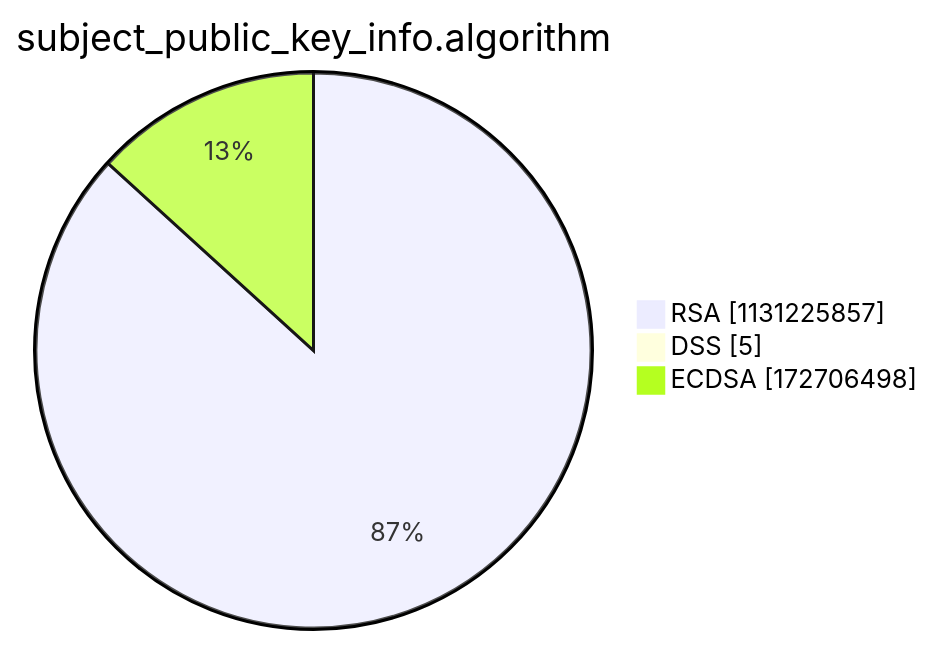
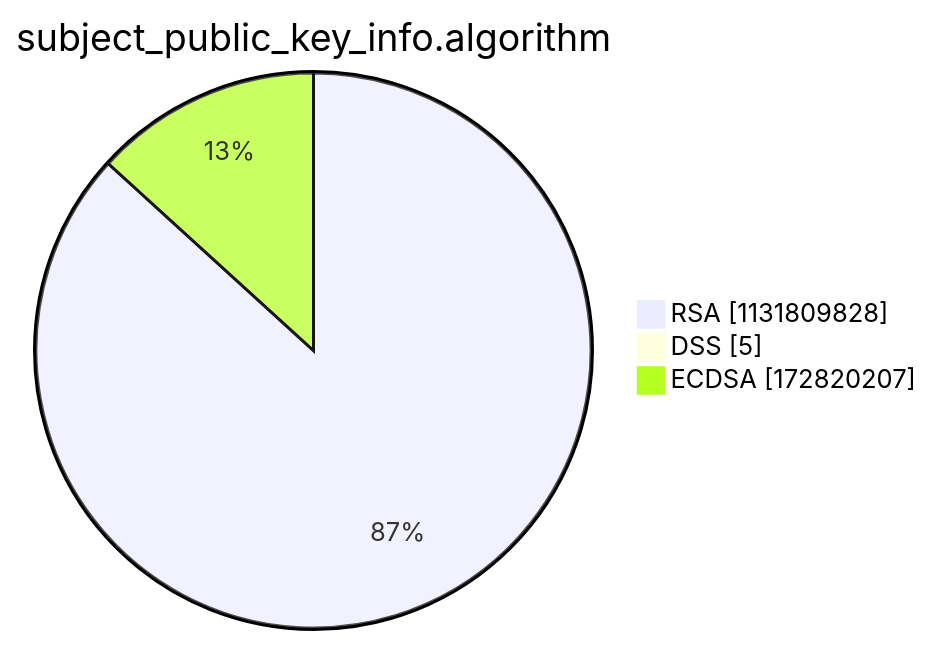
One commit to christiankrug/ctmonitor_visualization changed the third of 15 diagrams in argon2022/README.md. Above: the diagram before and after it, drawn with Mermaid. The commit also changed other lines of this file, not shown here.

````diff
--- a/argon2022/README.md
+++ b/argon2022/README.md
@@ -14,7 +14,7 @@
 ```mermaid
 pie showData
 title subject_public_key_info.algorithm
-"RSA" :1131225857
+"RSA" :1131809828
 "DSS" :5
-"ECDSA" :172706498
+"ECDSA" :172820207
 ```
````
